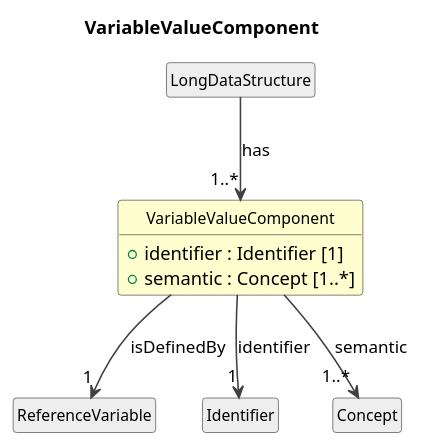
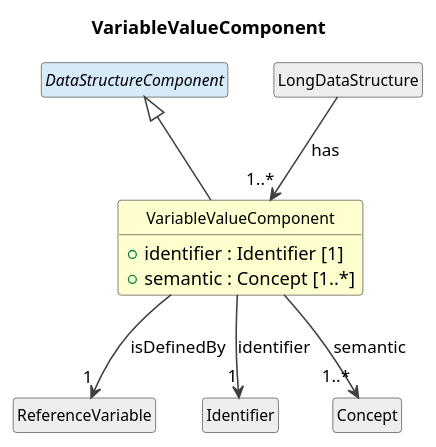
The diagram in cdif-uml-model/_plantuml/cdifDataStructure/Classes/VariableValueComponent.pu (Cross-Domain-Interoperability-Framework/metadataBuildingBlocks), drawn with PlantUML before and after one commit. The commit also changed 78 other files, not shown here.

First line of the commit message:
Regenerate model browser: DataStructure hierarchy + toggle/sticky/clip UI fixes

```diff
--- a/cdif-uml-model/_plantuml/cdifDataStructure/Classes/VariableValueComponent.pu
+++ b/cdif-uml-model/_plantuml/cdifDataStructure/Classes/VariableValueComponent.pu
@@ -1,26 +1,28 @@
 @startuml
 title VariableValueComponent
 hide circle
 hide empty members
 skinparam shadowing false
 skinparam ArrowThickness 1.2
 skinparam class {
   ArrowColor #404040
   BorderColor #404040
   FontSize 12
 }
 
 class "VariableValueComponent" as VariableValueComponent #FEFECE {
   +identifier : Identifier [1]
   +semantic : Concept [1..*]
 }
+abstract class "DataStructureComponent" as DataStructureComponent #D6EAF8
+DataStructureComponent <|-- VariableValueComponent
 class "LongDataStructure" as LongDataStructure #EEEEEE
 LongDataStructure --> "1..*" VariableValueComponent : has
 class "ReferenceVariable" as ReferenceVariable #EEEEEE
 VariableValueComponent --> "1" ReferenceVariable : isDefinedBy
 class "Identifier" as Identifier #EEEEEE
 VariableValueComponent --> "1" Identifier : identifier
 class "Concept" as Concept #EEEEEE
 VariableValueComponent --> "1..*" Concept : semantic
 
 @enduml
```
